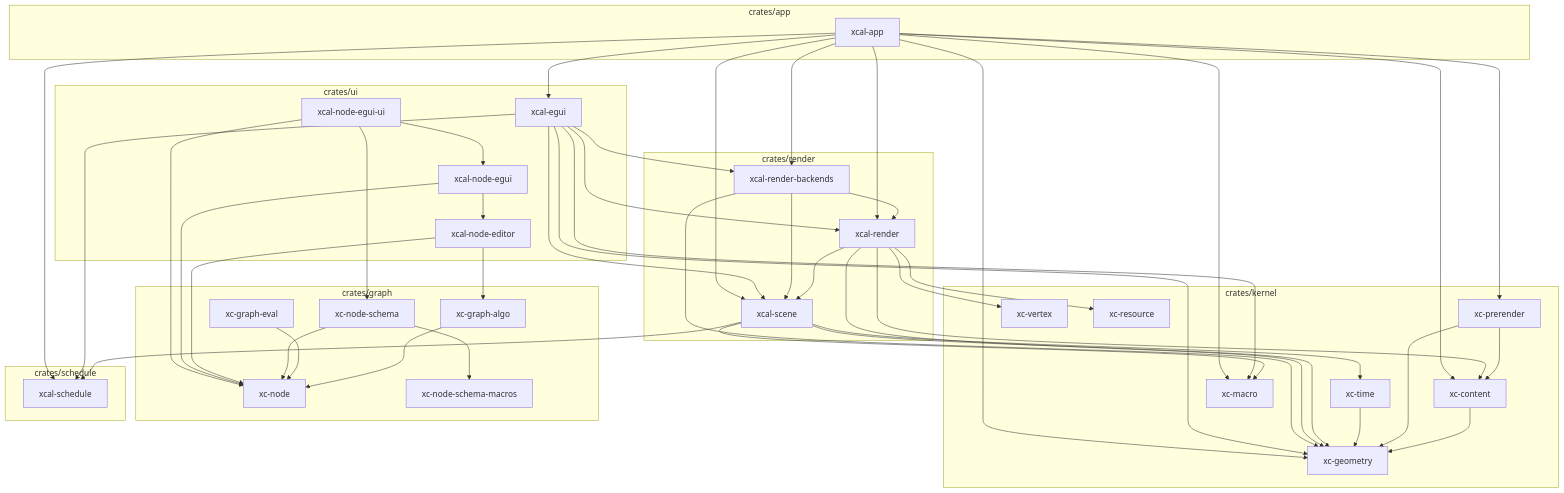
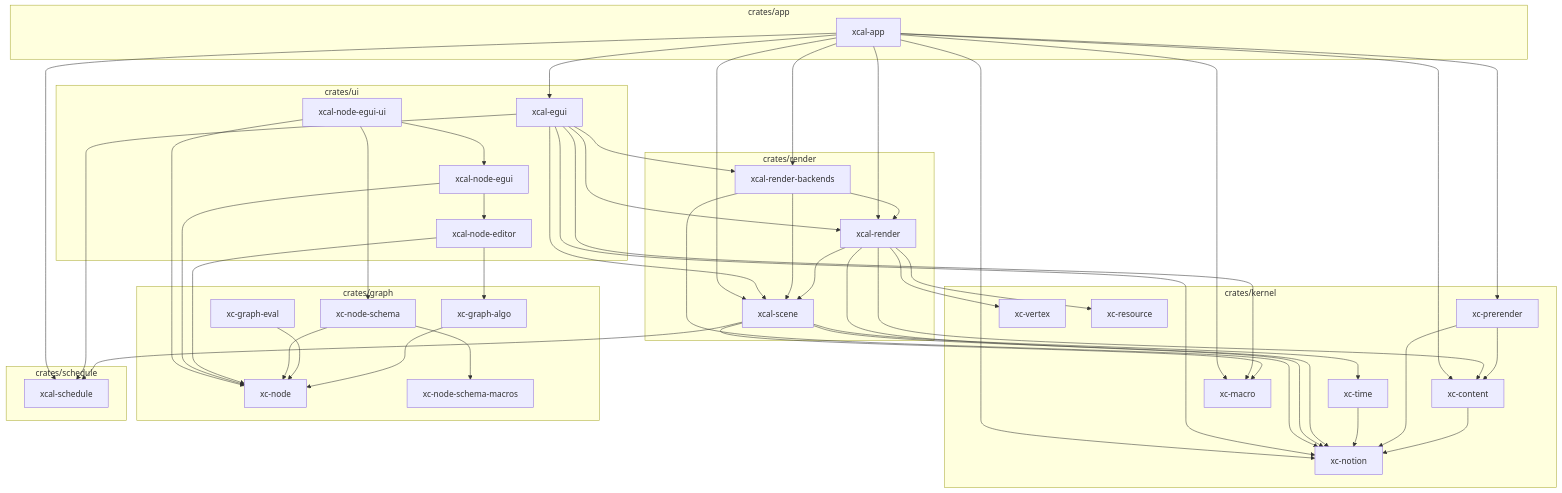
One commit to xcrtp/xcal-rs changed the diagram in ARCHITECTURE.md. Above: the diagram before and after it, drawn with Mermaid. The commit also changed other lines of this file and 81 other files, not shown here.

First line of the commit message:
refactor(kernel): M1 理念层 — xc-geometry 改名 xc-notion

````diff
--- a/ARCHITECTURE.md
+++ b/ARCHITECTURE.md
@@ -23,7 +23,7 @@
 ```mermaid
 graph TD
     subgraph kernel[crates/kernel]
-        xc_geometry["xc-geometry"]
+        xc_notion["xc-notion"]
         xc_content["xc-content"]
         xc_prerender["xc-prerender"]
         xc_time["xc-time"]
@@ -62,14 +62,14 @@
     end
 
     %% kernel
-    xc_geometry
+    xc_notion
     xc_vertex
     xc_resource
     xc_macro
-    xc_content --> xc_geometry
+    xc_content --> xc_notion
     xc_prerender --> xc_content
-    xc_prerender --> xc_geometry
-    xc_time --> xc_geometry
+    xc_prerender --> xc_notion
+    xc_time --> xc_notion
 
     %% graph → kernel
     xc_graph_algo --> xc_node
@@ -80,21 +80,21 @@
     %% schedule（无内部依赖，仅依赖 hecs）
 
     %% render → kernel + schedule
-    xcal_scene --> xc_geometry
+    xcal_scene --> xc_notion
     xcal_scene --> xc_time
     xcal_scene --> xc_macro
     xcal_scene --> xcal_schedule
     xcal_render --> xc_content
-    xcal_render --> xc_geometry
+    xcal_render --> xc_notion
     xcal_render --> xc_vertex
     xcal_render --> xc_resource
     xcal_render --> xcal_scene
-    xcal_render_backends --> xc_geometry
+    xcal_render_backends --> xc_notion
     xcal_render_backends --> xcal_scene
     xcal_render_backends --> xcal_render
 
     %% ui → kernel + graph + render + schedule
-    xcal_egui --> xc_geometry
+    xcal_egui --> xc_notion
     xcal_egui --> xc_macro
     xcal_egui --> xcal_scene
     xcal_egui --> xcal_schedule
@@ -117,5 +117,5 @@
     xcal_app --> xcal_render_backends
     xcal_app --> xc_content
     xcal_app --> xc_prerender
-    xcal_app --> xc_geometry
+    xcal_app --> xc_notion
 ```
````
